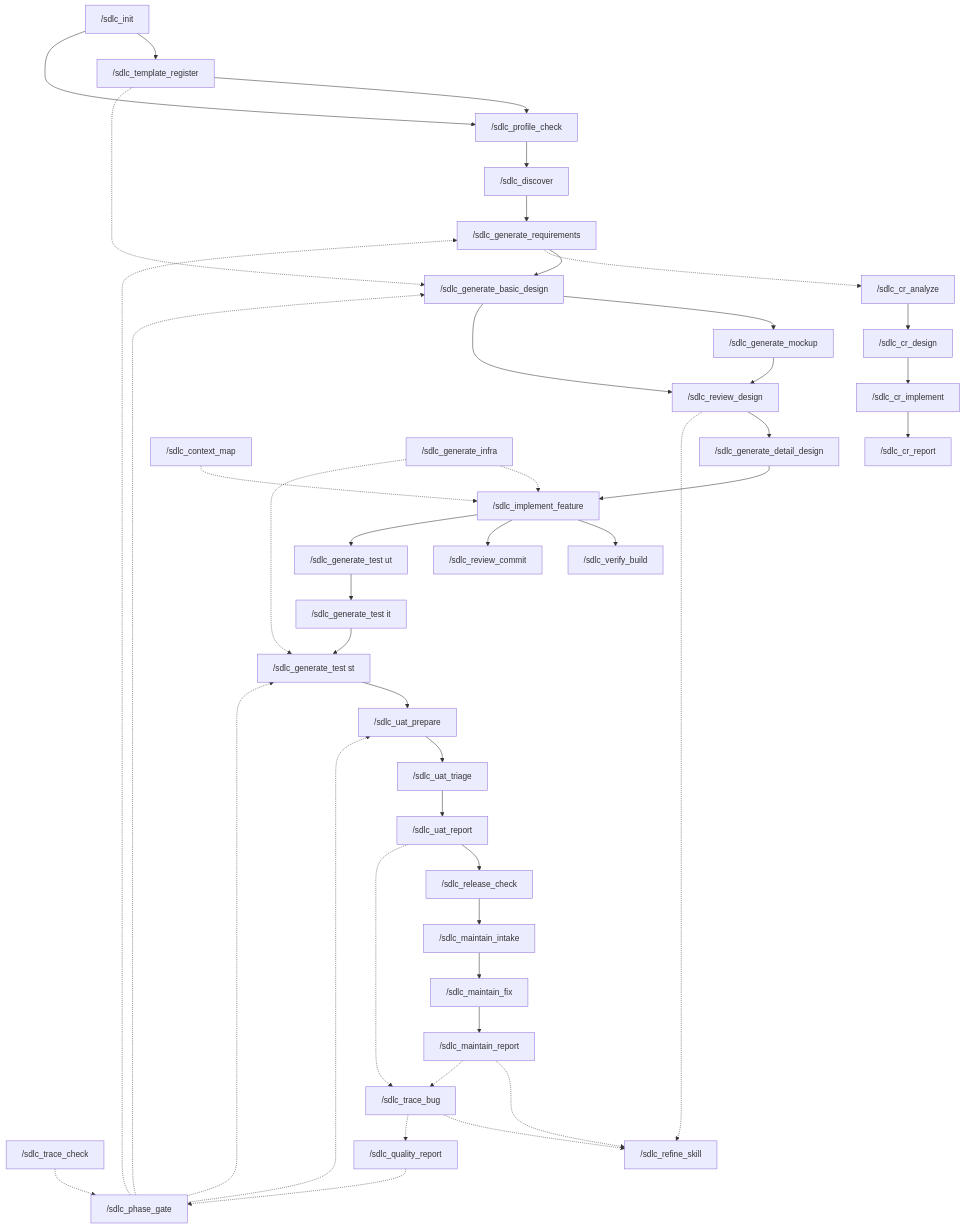
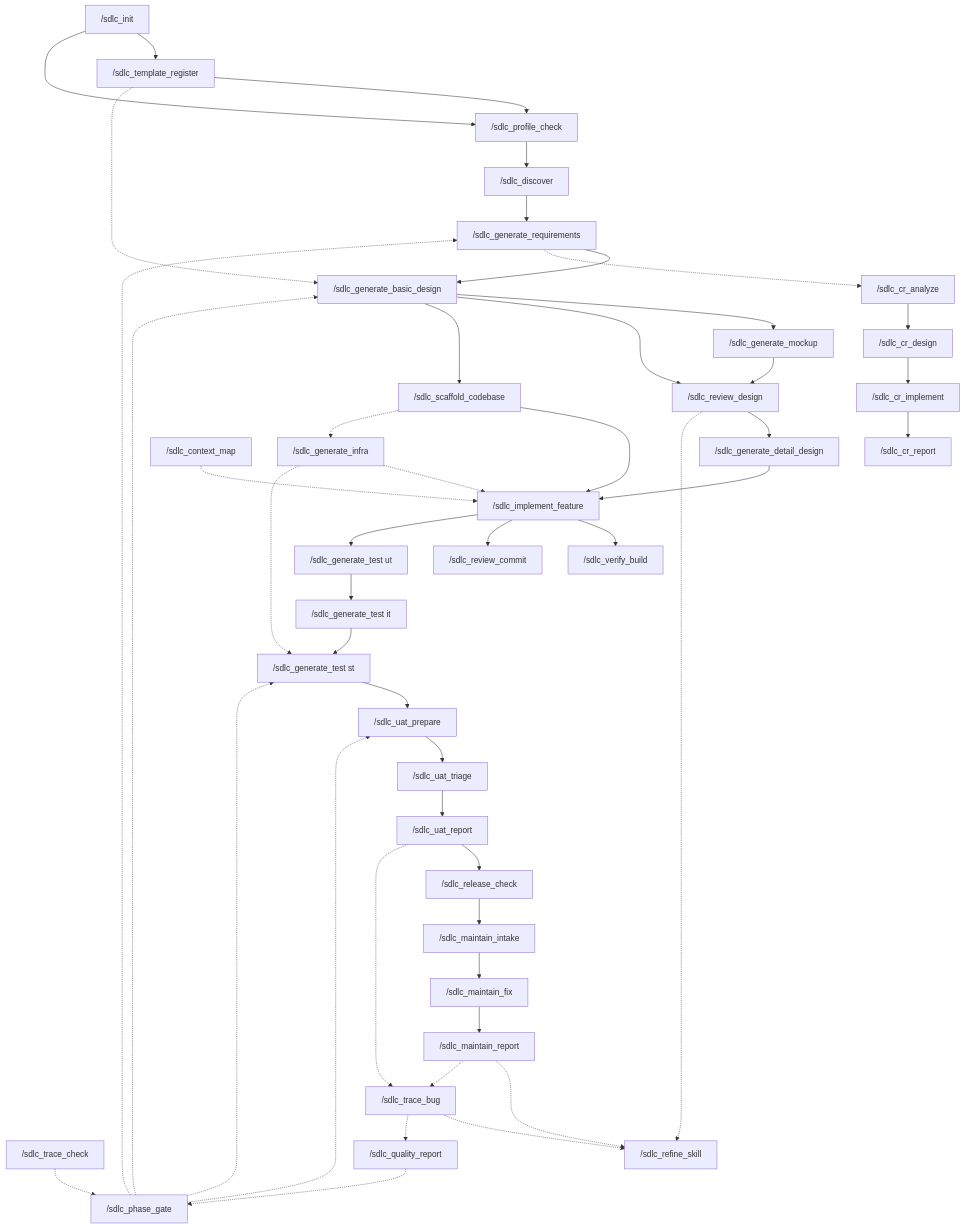
Before and after one commit to kaitondt/ai-pack: the diagram in sdlc-standard/COMMAND-FLOW.md, drawn with Mermaid. The commit also changed other lines of this file and 16 other files, not shown here.

````diff
--- a/sdlc-standard/COMMAND-FLOW.md
+++ b/sdlc-standard/COMMAND-FLOW.md
@@ -77,46 +78,49 @@
 ```mermaid
 flowchart TD
   INIT["/sdlc_init"] --> TR["/sdlc_template_register"]
   INIT --> PC["/sdlc_profile_check"]
   TR --> PC
   PC --> P0["/sdlc_discover"]
   P0 --> P1["/sdlc_generate_requirements"]
   P1 --> P2["/sdlc_generate_basic_design"]
   P2 --> MU["/sdlc_generate_mockup"]
   P2 --> RD["/sdlc_review_design"]
   MU --> RD
   RD --> P3["/sdlc_generate_detail_design"]
   P3 --> P4["/sdlc_implement_feature"]
   P4 --> VB["/sdlc_verify_build"]
   P4 --> RC["/sdlc_review_commit"]
   P4 --> P5["/sdlc_generate_test ut"]
   P5 --> P6["/sdlc_generate_test it"]
   P6 --> P7["/sdlc_generate_test st"]
   P7 --> P8["/sdlc_uat_prepare"]
   P8 --> UT2["/sdlc_uat_triage"]
   UT2 --> UR["/sdlc_uat_report"]
   UR --> REL["/sdlc_release_check"]
   REL --> P9["/sdlc_maintain_intake"]
   P9 --> MF["/sdlc_maintain_fix"]
   MF --> MR["/sdlc_maintain_report"]
   CRA["/sdlc_cr_analyze"] --> CRD["/sdlc_cr_design"]
   CRD --> CRI["/sdlc_cr_implement"]
   CRI --> CRR["/sdlc_cr_report"]
   P1 -.-> CRA
   GATE["/sdlc_phase_gate"] -.-> P1
   GATE -.-> P2
   GATE -.-> P7
   GATE -.-> P8
   TC["/sdlc_trace_check"] -.-> GATE
   QR["/sdlc_quality_report"] -.-> GATE
   CM["/sdlc_context_map"] -.-> P4
+  P2 --> SK["/sdlc_scaffold_codebase"]
+  SK --> P4
+  SK -.-> INF
   INF["/sdlc_generate_infra"] -.-> P4
   INF -.-> P7
   TR -.-> P2
   RD -.-> RS["/sdlc_refine_skill"]
   MR -.-> RS
   MR -.-> TB["/sdlc_trace_bug"]
   UR -.-> TB
   TB -.-> RS
   TB -.-> QR
 ```
````
